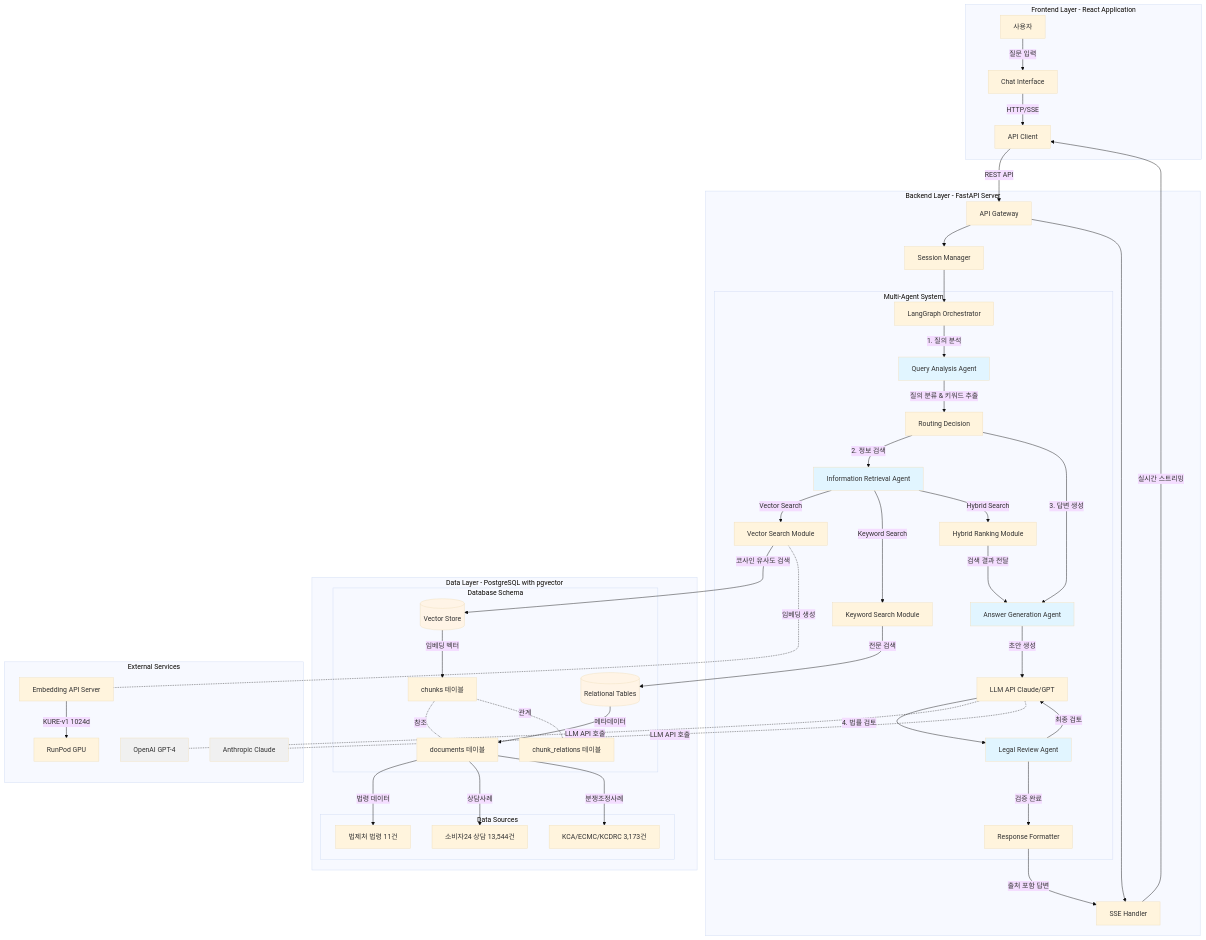
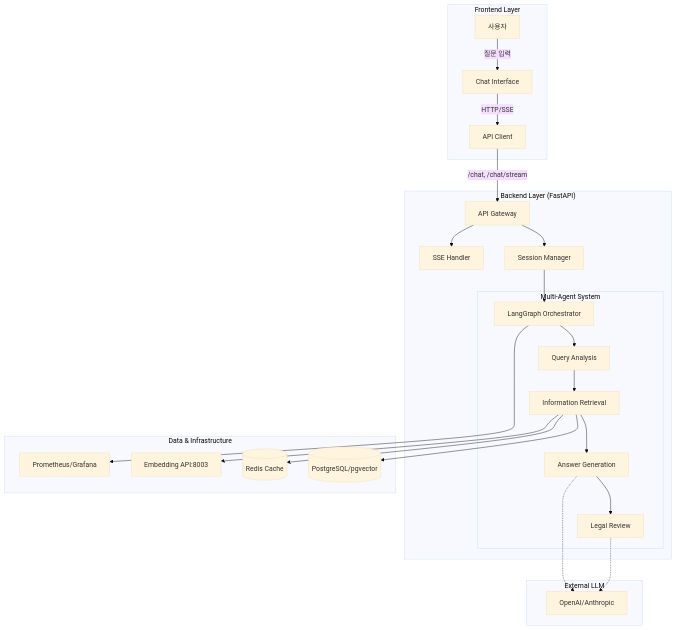
The first of 2 diagrams in README.md (SKN19-FINAL-5team/LLM), drawn with Mermaid (base theme) before and after one commit. The commit also changed other lines of this file and 2 other files, not shown here.

````diff
--- a/README.md
+++ b/README.md
@@ -50,70 +102,33 @@
 ```mermaid
 graph TB
-    subgraph "Frontend Layer - React Application"
+    subgraph "Frontend Layer"
         A[사용자] -->|질문 입력| B[Chat Interface]
         B -->|HTTP/SSE| C[API Client]
     end
     
-    subgraph "Backend Layer - FastAPI Server"
-        C -->|REST API| D[API Gateway]
+    subgraph "Backend Layer (FastAPI)"
+        C -->|/chat, /chat/stream| D[API Gateway]
         D --> E[Session Manager]
         D --> F[SSE Handler]
-        
         E --> G[LangGraph Orchestrator]
         
         subgraph "Multi-Agent System"
-            G -->|1. 질의 분석| H[Query Analysis Agent]
-            H -->|질의 분류 & 키워드 추출| I[Routing Decision]
-            
-            I -->|2. 정보 검색| J[Information Retrieval Agent]
-            J -->|Vector Search| K[Vector Search Module]
-            J -->|Keyword Search| L[Keyword Search Module]
-            J -->|Hybrid Search| M[Hybrid Ranking Module]
-            
-            I -->|3. 답변 생성| N[Answer Generation Agent]
-            M -->|검색 결과 전달| N
-            N -->|초안 생성| O[LLM API Claude/GPT]
-            
-            O -->|4. 법률 검토| P[Legal Review Agent]
-            P -->|최종 검토| O
-            P -->|검증 완료| Q[Response Formatter]
-        end
-        
-        Q -->|출처 포함 답변| F
-        F -->|실시간 스트리밍| C
-    end
-    
-    subgraph "Data Layer - PostgreSQL with pgvector"
-        K -->|코사인 유사도 검색| R[(Vector Store)]
-        L -->|전문 검색| S[(Relational Tables)]
-        
-        subgraph "Database Schema"
-            R -->|임베딩 벡터| T[chunks 테이블]
-            S -->|메타데이터| U[documents 테이블]
-            T -.참조.- U
-            T -.관계.- V[chunk_relations 테이블]
-        end
-        
-        subgraph "Data Sources"
-            U -->|법령 데이터| W[법제처 법령 11건]
-            U -->|상담사례| X[소비자24 상담 13,544건]
-            U -->|분쟁조정사례| Y[KCA/ECMC/KCDRC 3,173건]
+            G --> H[Query Analysis]
+            H --> I[Information Retrieval]
+            I --> J[Answer Generation]
+            J --> K[Legal Review]
         end
     end
     
-    subgraph "External Services"
-        O -.LLM API 호출.- Z[OpenAI GPT-4]
-        O -.LLM API 호출.- AA[Anthropic Claude]
-        K -.임베딩 생성.- AB[Embedding API Server]
-        AB -->|KURE-v1 1024d| AC[RunPod GPU]
+    subgraph "Data & Infrastructure"
+        I --> L[(PostgreSQL/pgvector)]
+        I --> M[(Redis Cache)]
+        I --> N[Embedding API:8003]
+        G --> O[Prometheus/Grafana]
     end
     
-    style H fill:#e1f5ff
-    style J fill:#e1f5ff
-    style N fill:#e1f5ff
-    style P fill:#e1f5ff
-    style R fill:#fff4e6
-    style S fill:#fff4e6
-    style Z fill:#f0f0f0
-    style AA fill:#f0f0f0
+    subgraph "External LLM"
+        J -.-> P[OpenAI/Anthropic]
+        K -.-> P
+    end
 ```
````
